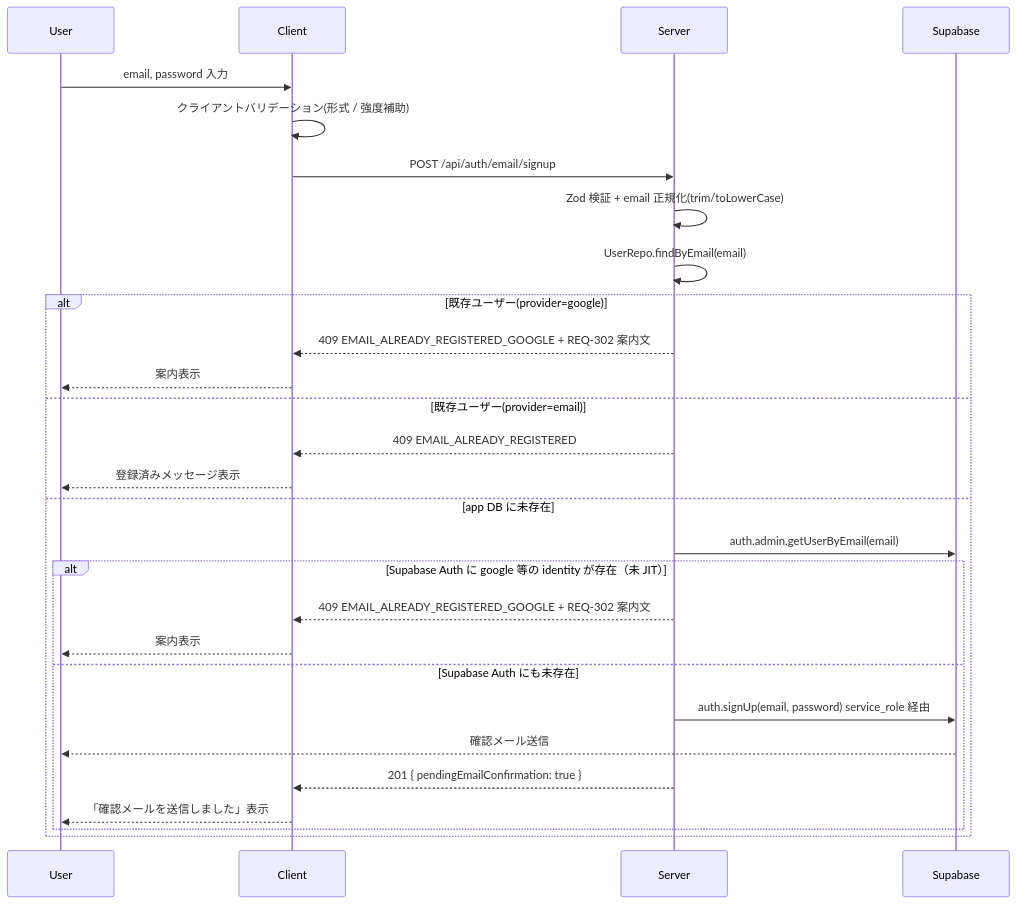
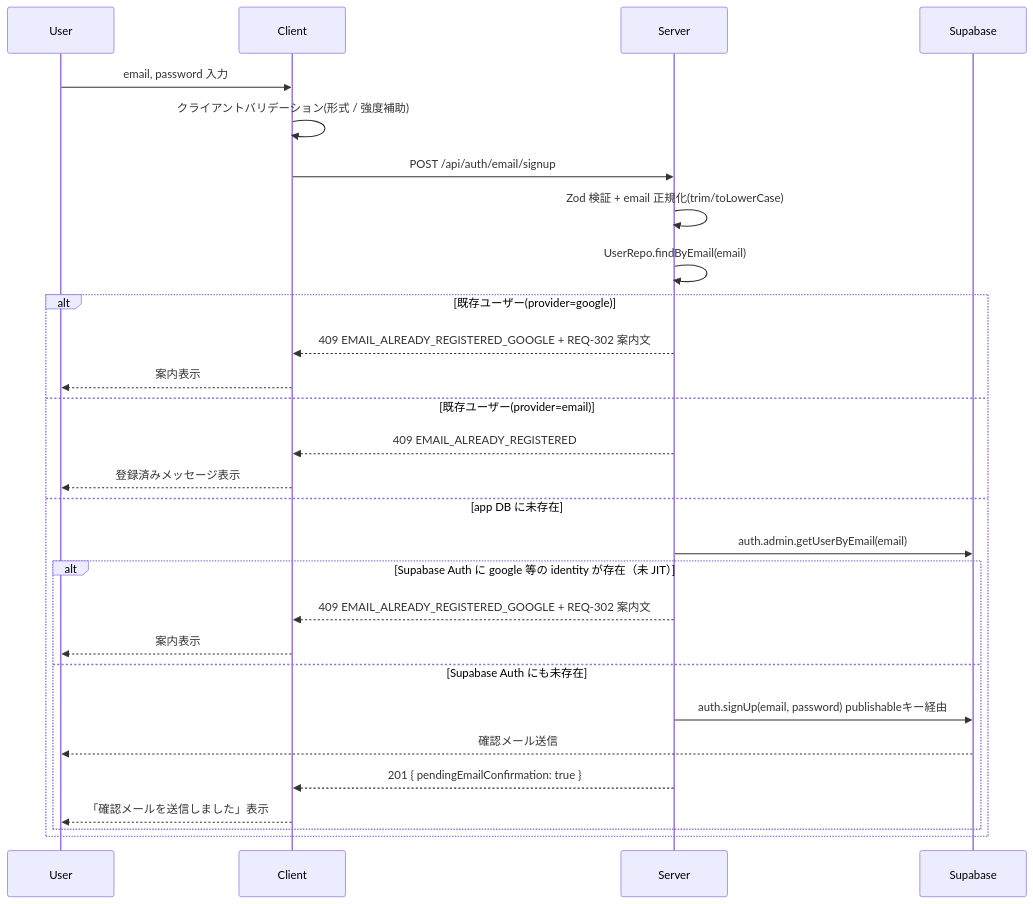
Before and after one commit to rimanem18/hoxt-backlog: the second of 4 diagrams in tasks/HOXBL-94/technical/design.md, drawn with Mermaid. The commit also changed other lines of this file and 13 other files, not shown here.

````diff
--- a/tasks/HOXBL-94/technical/design.md
+++ b/tasks/HOXBL-94/technical/design.md
@@ -86,30 +86,30 @@
 ```mermaid
 sequenceDiagram
     participant U as User
     participant CL as Client
     participant SV as Server
     participant SB as Supabase
     U->>CL: email, password 入力
     CL->>CL: クライアントバリデーション(形式 / 強度補助)
     CL->>SV: POST /api/auth/email/signup
     SV->>SV: Zod 検証 + email 正規化(trim/toLowerCase)
     SV->>SV: UserRepo.findByEmail(email)
     alt 既存ユーザー(provider=google)
         SV-->>CL: 409 EMAIL_ALREADY_REGISTERED_GOOGLE + REQ-302 案内文
         CL-->>U: 案内表示
     else 既存ユーザー(provider=email)
         SV-->>CL: 409 EMAIL_ALREADY_REGISTERED
         CL-->>U: 登録済みメッセージ表示
     else app DB に未存在
         SV->>SB: auth.admin.getUserByEmail(email)
         alt Supabase Auth に google 等の identity が存在（未 JIT）
             SV-->>CL: 409 EMAIL_ALREADY_REGISTERED_GOOGLE + REQ-302 案内文
             CL-->>U: 案内表示
         else Supabase Auth にも未存在
-            SV->>SB: auth.signUp(email, password)  service_role 経由
+            SV->>SB: auth.signUp(email, password)  publishableキー経由
             SB-->>U: 確認メール送信
             SV-->>CL: 201 { pendingEmailConfirmation: true }
             CL-->>U: 「確認メールを送信しました」表示
         end
     end
 ```
````
